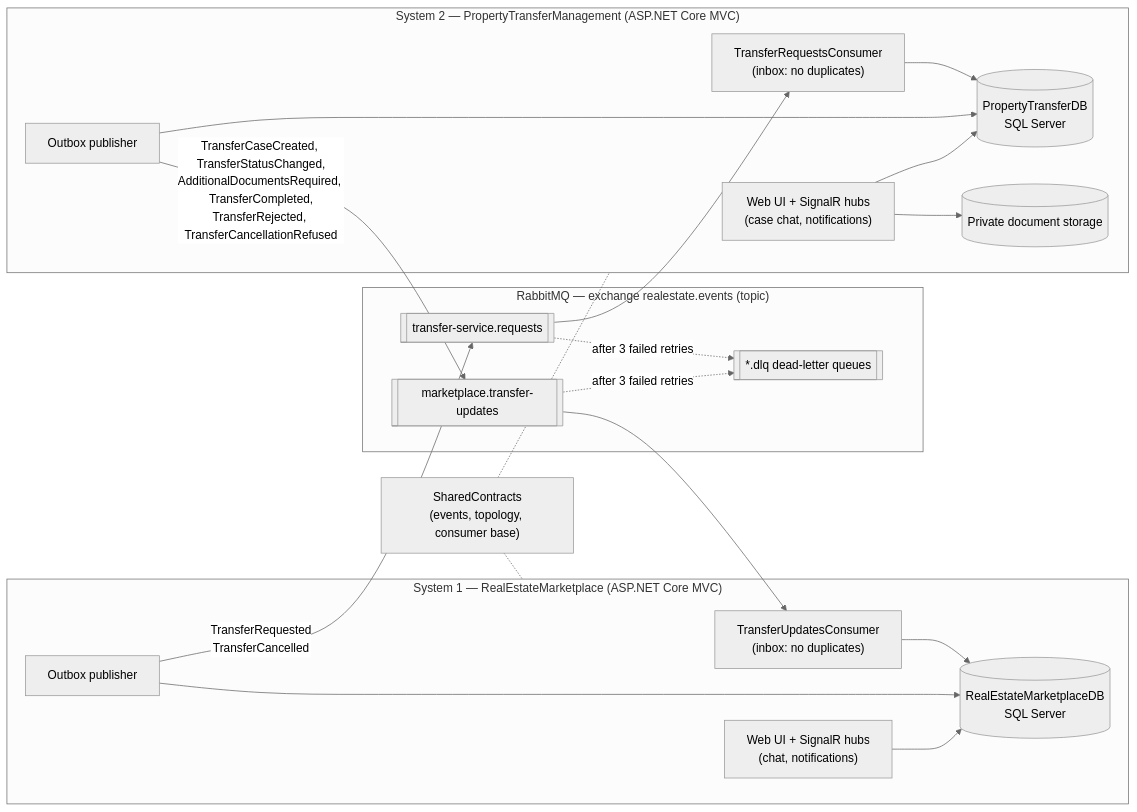
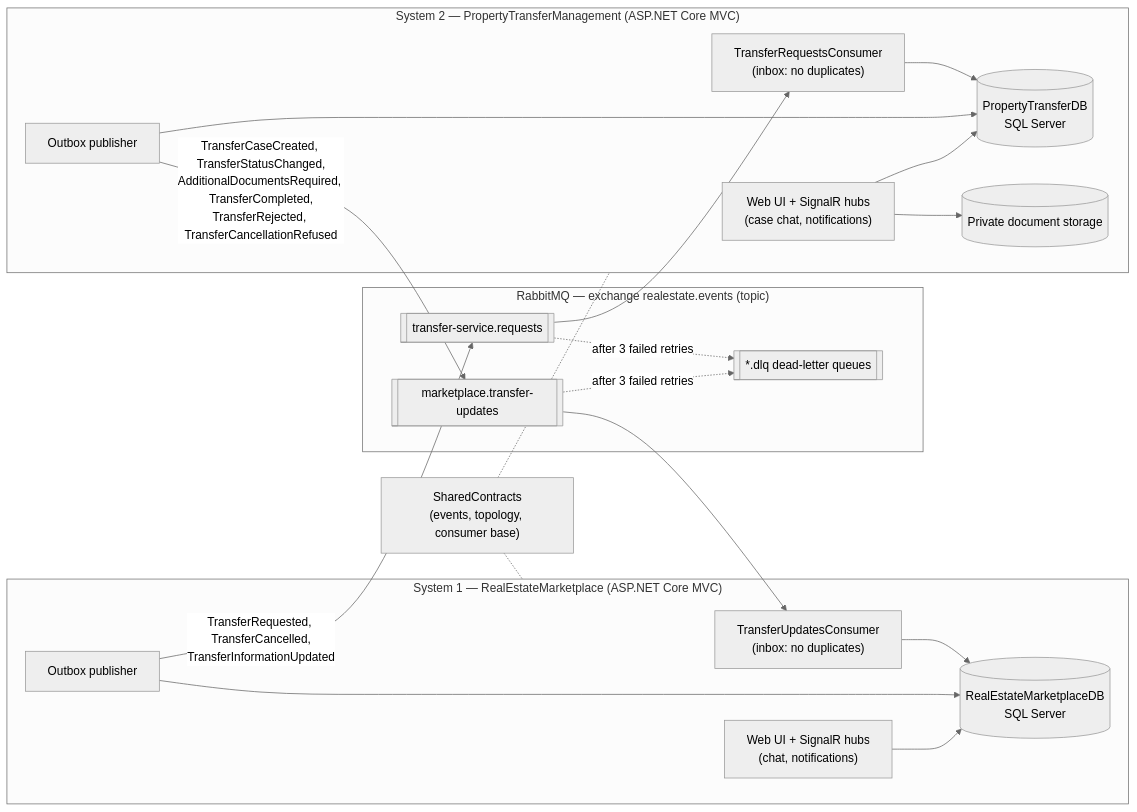
One commit to MohamadMajed771/RealEstateManagementSystem changed the diagram in README.md. Above: the diagram before and after it, drawn with Mermaid (neutral theme). The commit also changed other lines of this file and 32 other files, not shown here.

````diff
--- a/README.md
+++ b/README.md
@@ -13,41 +13,41 @@
 ```mermaid
 flowchart LR
     subgraph S1["System 1 — RealEstateMarketplace (ASP.NET Core MVC)"]
         UI1["Web UI + SignalR hubs<br/>(chat, notifications)"]
         DB1[("RealEstateMarketplaceDB<br/>SQL Server")]
         OUT1["Outbox publisher"]
         IN1["TransferUpdatesConsumer<br/>(inbox: no duplicates)"]
         UI1 --> DB1
         OUT1 --> DB1
         IN1 --> DB1
     end
 
     subgraph MQ["RabbitMQ — exchange realestate.events (topic)"]
         Q2[["transfer-service.requests"]]
         Q1[["marketplace.transfer-updates"]]
         DLQ[["*.dlq dead-letter queues"]]
     end
 
     subgraph S2["System 2 — PropertyTransferManagement (ASP.NET Core MVC)"]
         UI2["Web UI + SignalR hubs<br/>(case chat, notifications)"]
         DB2[("PropertyTransferDB<br/>SQL Server")]
         OUT2["Outbox publisher"]
         IN2["TransferRequestsConsumer<br/>(inbox: no duplicates)"]
         FILES[("Private document storage")]
         UI2 --> DB2
         UI2 --> FILES
         OUT2 --> DB2
         IN2 --> DB2
     end
 
     SC["SharedContracts<br/>(events, topology, consumer base)"]
 
-    OUT1 -- "TransferRequested<br/>TransferCancelled" --> Q2
+    OUT1 -- "TransferRequested, TransferCancelled,<br/>TransferInformationUpdated" --> Q2
     Q2 --> IN2
     OUT2 -- "TransferCaseCreated, TransferStatusChanged,<br/>AdditionalDocumentsRequired, TransferCompleted,<br/>TransferRejected, TransferCancellationRefused" --> Q1
     Q1 --> IN1
     Q1 -. "after 3 failed retries" .-> DLQ
     Q2 -. "after 3 failed retries" .-> DLQ
     SC -.- S1
     SC -.- S2
 ```
````
